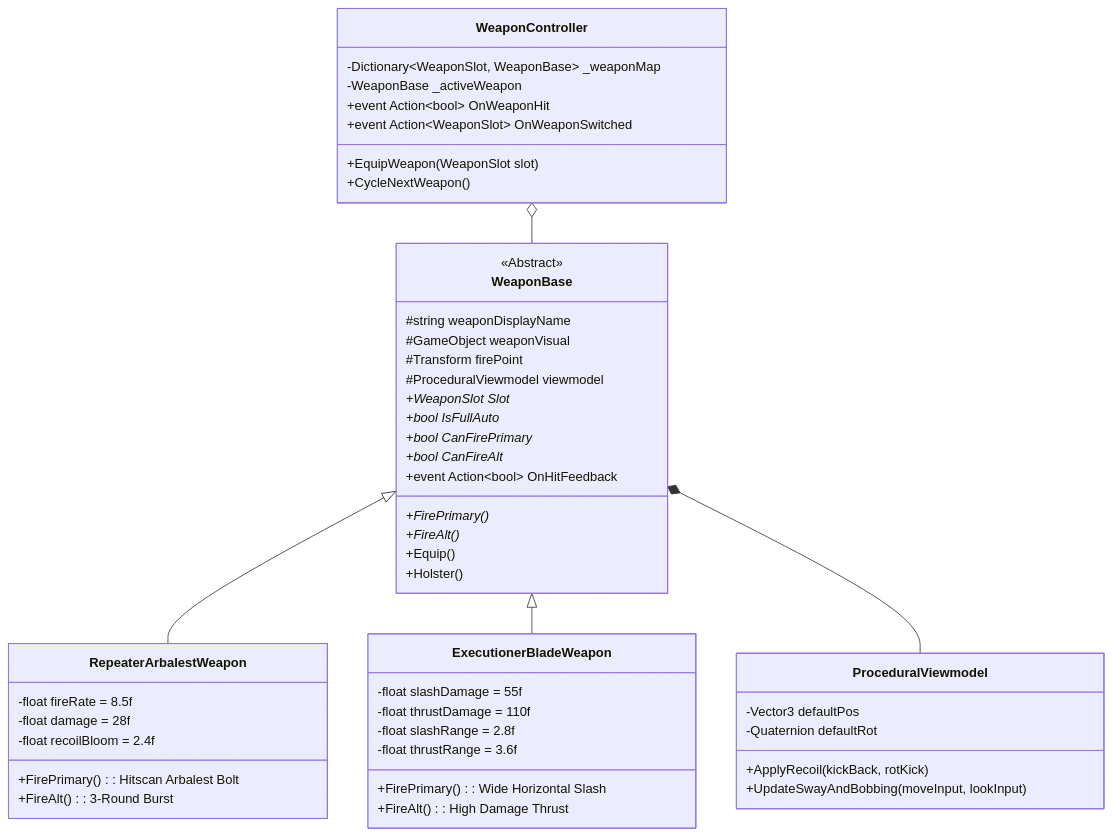
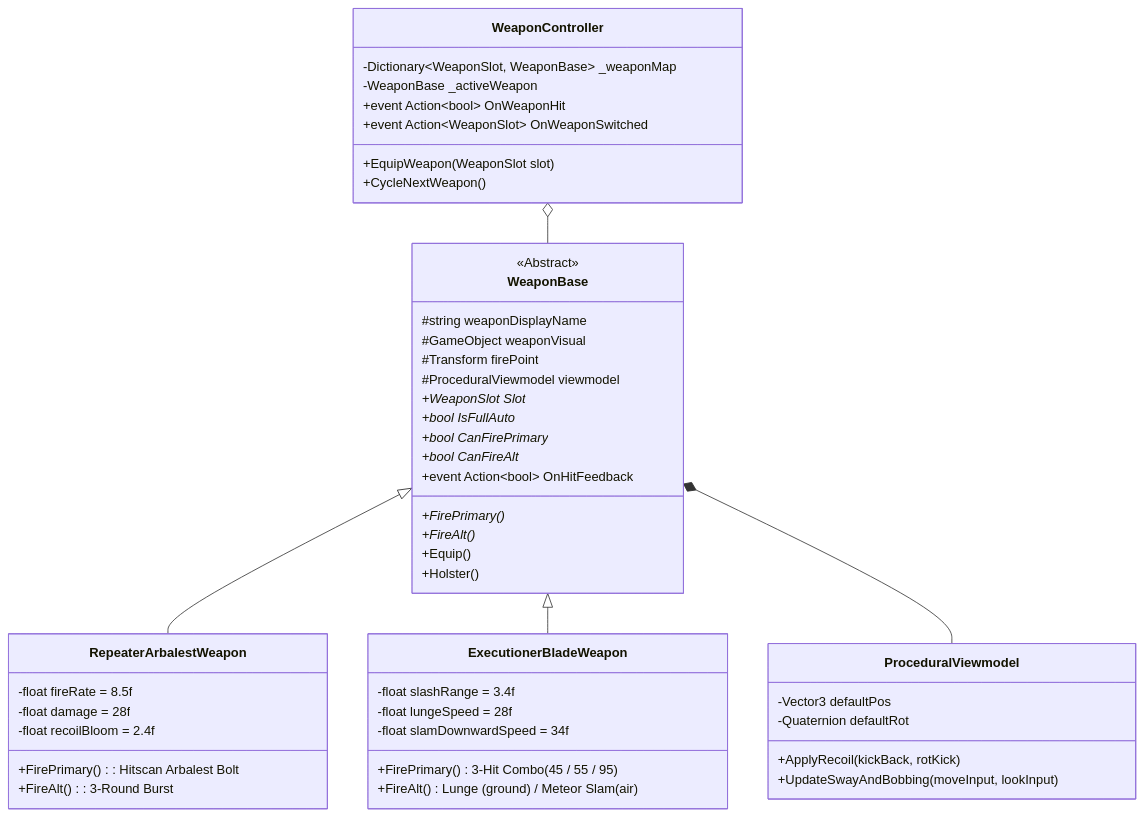
Before and after one commit to HazmaK/Graduation-Project: the diagram in documentation/retro-fps/WeaponArsenalArchitecture.md, drawn with Mermaid. The commit also changed other lines of this file and 2 other files, not shown here.

Commit message:
docs(vault): sync weapon and movement values with code
- Meteor Slam downward speed 26 -> 34 m/s (slamDownwardSpeed)
- Blade combo hit 1/2 range 3.0 -> 3.4 m (slashRange)
- Meat Hook pull speed 32f -> 29f (hookPullSpeed)
- Replace stale blade class diagram fields (thrust 110 / range 2.8)
  and the 110-damage balance reference with the 95-damage Finisher/Lunge

````diff
--- a/documentation/retro-fps/WeaponArsenalArchitecture.md
+++ b/documentation/retro-fps/WeaponArsenalArchitecture.md
@@ -22,57 +22,56 @@
 ```mermaid
 classDiagram
     class WeaponBase {
         <<Abstract>>
         #string weaponDisplayName
         #GameObject weaponVisual
         #Transform firePoint
         #ProceduralViewmodel viewmodel
         +WeaponSlot Slot*
         +bool IsFullAuto*
         +bool CanFirePrimary*
         +bool CanFireAlt*
         +event Action~bool~ OnHitFeedback
         +FirePrimary()*
         +FireAlt()*
         +Equip()
         +Holster()
     }
 
     class RepeaterArbalestWeapon {
         -float fireRate = 8.5f
         -float damage = 28f
         -float recoilBloom = 2.4f
         +FirePrimary() : Hitscan Arbalest Bolt
         +FireAlt() : 3-Round Burst
     }
 
     class ExecutionerBladeWeapon {
-        -float slashDamage = 55f
-        -float thrustDamage = 110f
-        -float slashRange = 2.8f
-        -float thrustRange = 3.6f
-        +FirePrimary() : Wide Horizontal Slash
-        +FireAlt() : High Damage Thrust
+        -float slashRange = 3.4f
+        -float lungeSpeed = 28f
+        -float slamDownwardSpeed = 34f
+        +FirePrimary() : 3-Hit Combo (45 / 55 / 95)
+        +FireAlt() : Lunge (ground) / Meteor Slam (air)
     }
 
     class WeaponController {
         -Dictionary~WeaponSlot, WeaponBase~ _weaponMap
         -WeaponBase _activeWeapon
         +event Action~bool~ OnWeaponHit
         +event Action~WeaponSlot~ OnWeaponSwitched
         +EquipWeapon(WeaponSlot slot)
         +CycleNextWeapon()
     }
 
     class ProceduralViewmodel {
         -Vector3 defaultPos
         -Quaternion defaultRot
         +ApplyRecoil(kickBack, rotKick)
         +UpdateSwayAndBobbing(moveInput, lookInput)
     }
 
     WeaponBase <|-- RepeaterArbalestWeapon
     WeaponBase <|-- ExecutionerBladeWeapon
     WeaponController o-- WeaponBase
     WeaponBase *-- ProceduralViewmodel
 ```
````
